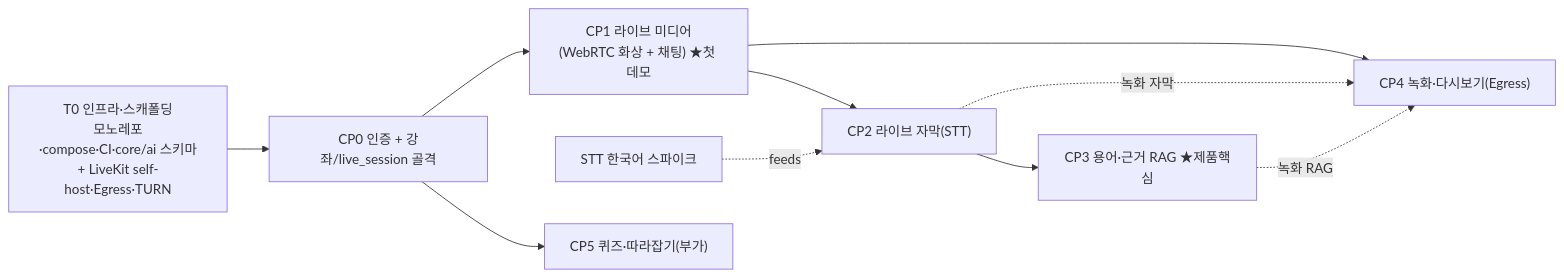
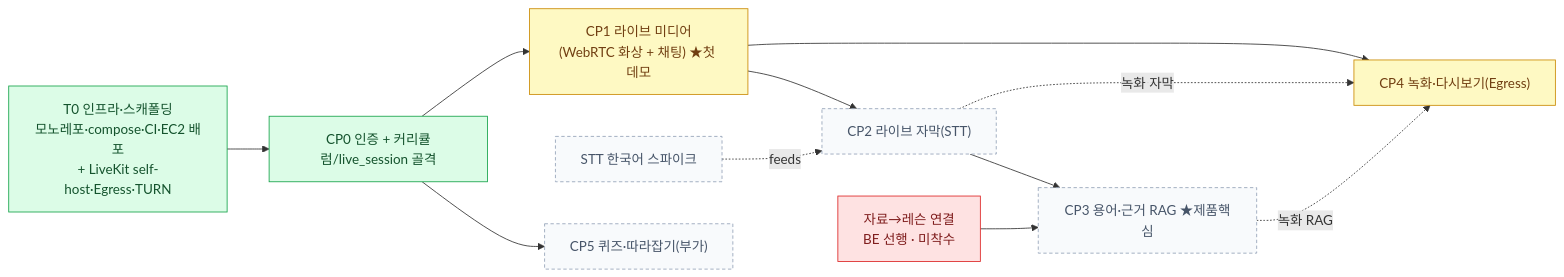
Before and after one commit to thdwjdrl401/jiphyeonjeon: the diagram in docs/CP-ROADMAP.md, drawn with Mermaid. The commit also changed other lines of this file, not shown here.

````diff
--- a/docs/CP-ROADMAP.md
+++ b/docs/CP-ROADMAP.md
@@ -16,14 +17,26 @@
 ```mermaid
 flowchart LR
-  T0["T0 인프라·스캐폴딩<br/>모노레포·compose·CI·core/ai 스키마<br/>+ LiveKit self-host·Egress·TURN"]
+  classDef done fill:#dcfce7,stroke:#16a34a,color:#14532d
+  classDef partial fill:#fef9c3,stroke:#ca8a04,color:#713f12
+  classDef todo fill:#f8fafc,stroke:#94a3b8,color:#475569,stroke-dasharray:4 3
+  classDef gap fill:#fee2e2,stroke:#dc2626,color:#7f1d1d
+
+  T0["T0 인프라·스캐폴딩<br/>모노레포·compose·CI·EC2 배포<br/>+ LiveKit self-host·Egress·TURN"]
   SPK["STT 한국어 스파이크"]
-  T0 --> CP0["CP0 인증 + 강좌/live_session 골격"]
+  MAT["자료→레슨 연결<br/>BE 선행 · 미착수"]
+  T0 --> CP0["CP0 인증 + 커리큘럼/live_session 골격"]
   CP0 --> CP1["CP1 라이브 미디어<br/>(WebRTC 화상 + 채팅) ★첫 데모"]
   CP1 --> CP2["CP2 라이브 자막(STT)"]
   CP2 --> CP3["CP3 용어·근거 RAG ★제품핵심"]
   CP1 --> CP4["CP4 녹화·다시보기(Egress)"]
   CP0 --> CP5["CP5 퀴즈·따라잡기(부가)"]
+  MAT --> CP3
   SPK -.feeds.-> CP2
   CP2 -.녹화 자막.-> CP4
   CP3 -.녹화 RAG.-> CP4
+
+  class T0,CP0 done
+  class CP1,CP4 partial
+  class CP2,CP3,CP5,SPK todo
+  class MAT gap
 ```
````
